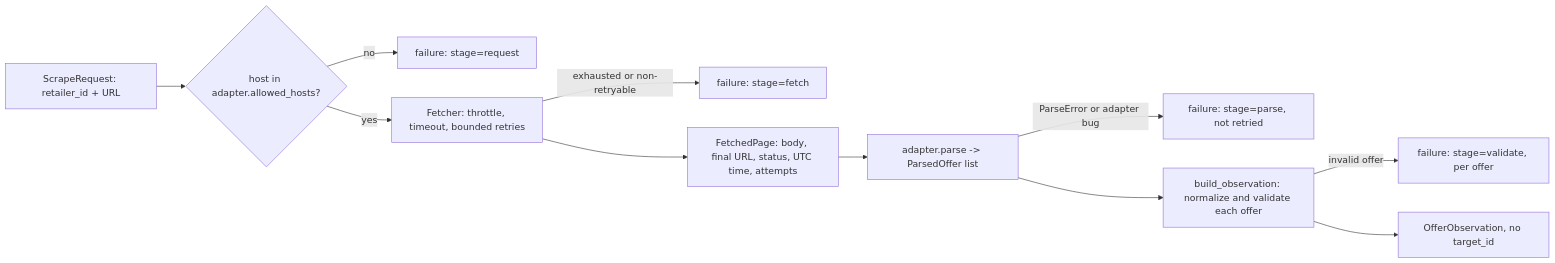
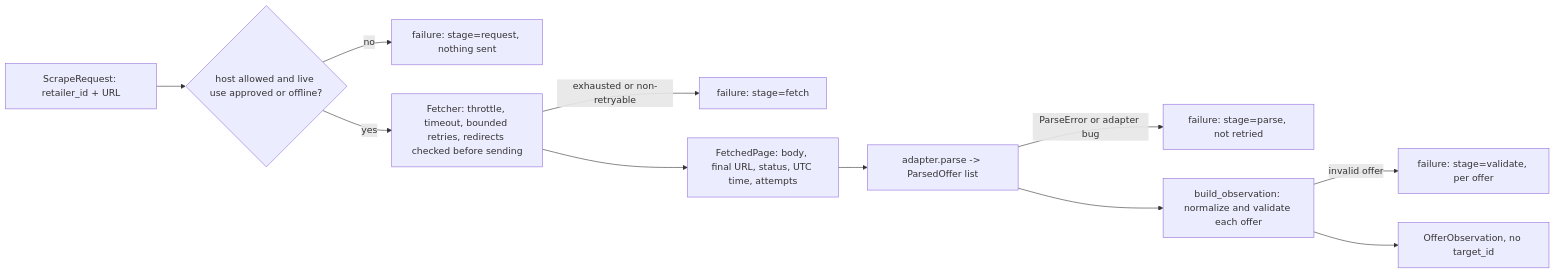
One commit to jarlericaa/laptop-price-tracker changed the diagram in docs/SCRAPING_FRAMEWORK.md. Above: the diagram before and after it, drawn with Mermaid. The commit also changed other lines of this file and 17 other files, not shown here.

Commit message:
feat(retailers): add Laptop Factory adapter and live-use policy

````diff
--- a/docs/SCRAPING_FRAMEWORK.md
+++ b/docs/SCRAPING_FRAMEWORK.md
@@ -18,13 +25,13 @@
 ```mermaid
 flowchart LR
-    Q[ScrapeRequest: retailer_id + URL] --> G{host in adapter.allowed_hosts?}
-    G -- no --> F1[failure: stage=request]
-    G -- yes --> T[Fetcher: throttle, timeout, bounded retries]
+    Q[ScrapeRequest: retailer_id + URL] --> G{host allowed and live use approved or offline?}
+    G -- no --> F1[failure: stage=request, nothing sent]
+    G -- yes --> T[Fetcher: throttle, timeout, bounded retries, redirects checked before sending]
     T -- exhausted or non-retryable --> F2[failure: stage=fetch]
     T --> P[FetchedPage: body, final URL, status, UTC time, attempts]
     P --> A[adapter.parse -> ParsedOffer list]
     A -- ParseError or adapter bug --> F3[failure: stage=parse, not retried]
     A --> N[build_observation: normalize and validate each offer]
     N -- invalid offer --> F4[failure: stage=validate, per offer]
     N --> O[OfferObservation, no target_id]
 ```
````
